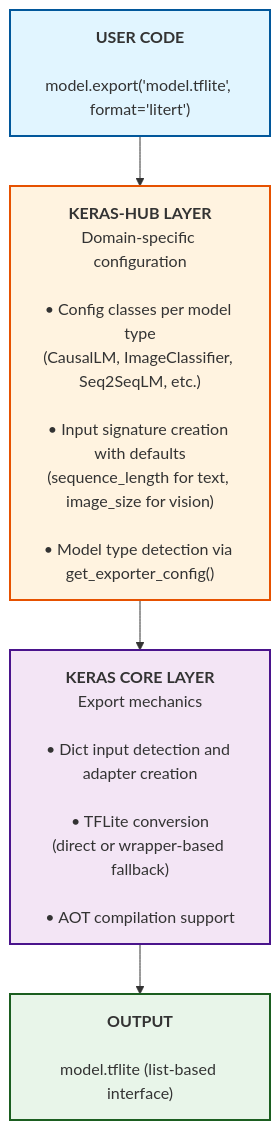
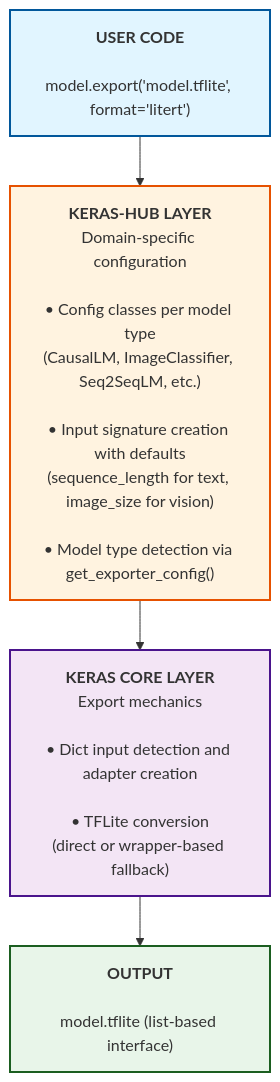
The first of 5 diagrams in LiteRT Export design doc reviewed.md (pctablet505/litert-export-docs), drawn with Mermaid before and after one commit. The commit also changed other lines of this file and 2 other files, not shown here.

````diff
--- a/LiteRT Export design doc reviewed.md
+++ b/LiteRT Export design doc reviewed.md
@@ -196,19 +195,19 @@
 ```mermaid
 flowchart TD
     A["<b>USER CODE</b><br/><br/>model.export('model.tflite', format='litert')"]
     
     B["<b>KERAS-HUB LAYER</b><br/>Domain-specific configuration<br/><br/>• Config classes per model type<br/>(CausalLM, ImageClassifier, Seq2SeqLM, etc.)<br/><br/>• Input signature creation with defaults<br/>(sequence_length for text, image_size for vision)<br/><br/>• Model type detection via get_exporter_config()"]
     
-    C["<b>KERAS CORE LAYER</b><br/>Export mechanics<br/><br/>• Dict input detection and adapter creation<br/><br/>• TFLite conversion<br/>(direct or wrapper-based fallback)<br/><br/>• AOT compilation support"]
+    C["<b>KERAS CORE LAYER</b><br/>Export mechanics<br/><br/>• Dict input detection and adapter creation<br/><br/>• TFLite conversion<br/>(direct or wrapper-based fallback)"]
     
     D["<b>OUTPUT</b><br/><br/>model.tflite (list-based interface)"]
     
     A --> B
     B --> C
     C --> D
     
     style A fill:#e1f5ff,stroke:#01579b,stroke-width:2px
     style B fill:#fff3e0,stroke:#e65100,stroke-width:2px
     style C fill:#f3e5f5,stroke:#4a148c,stroke-width:2px
     style D fill:#e8f5e9,stroke:#1b5e20,stroke-width:2px
 ```
````
